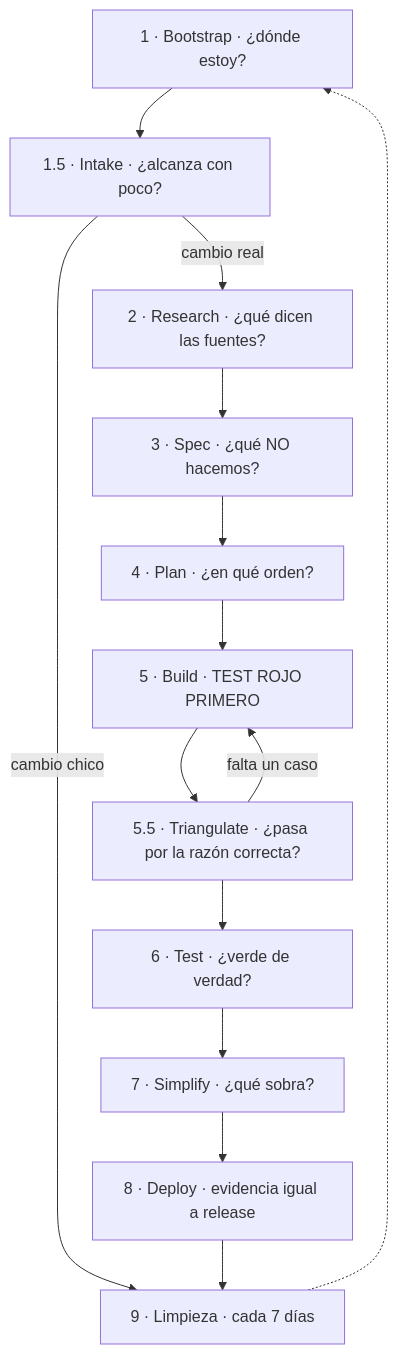
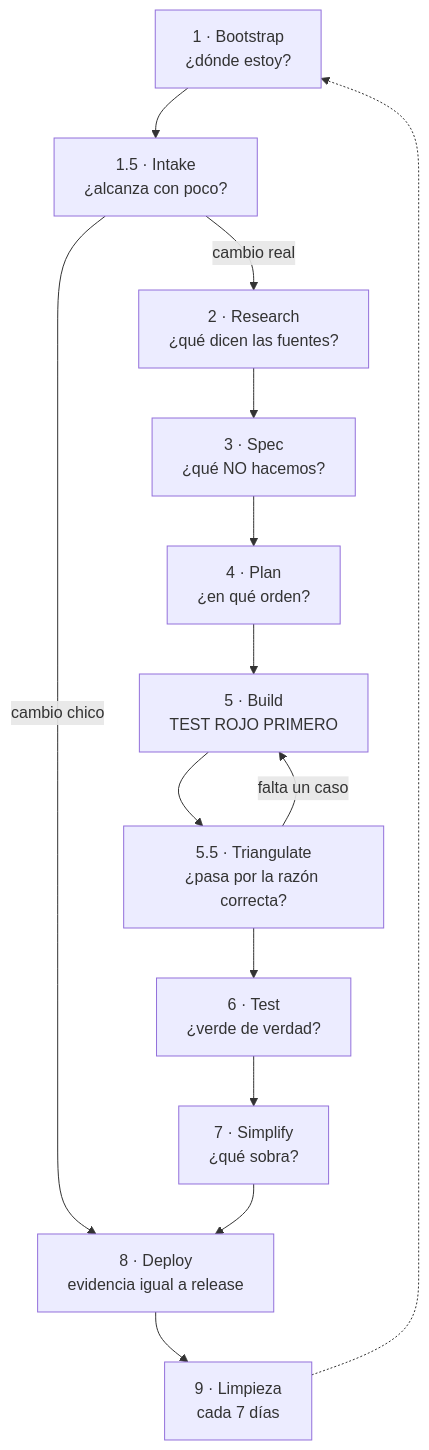
One commit to santischurmann/ia-stack changed the second of 3 diagrams in README.md. Above: the diagram before and after it, drawn with Mermaid. The commit also changed other lines of this file, not shown here.

First line of the commit message:
docs(readme): README reescrito con el flujo de fases, gates, piezas, instalación y estructura

````diff
--- a/README.md
+++ b/README.md
@@ -89,16 +75,16 @@
 ```mermaid
 flowchart TD
-    A["1 · Bootstrap · ¿dónde estoy?"] --> B["1.5 · Intake · ¿alcanza con poco?"]
-    B -->|cambio chico| K
-    B -->|cambio real| C["2 · Research · ¿qué dicen las fuentes?"]
-    C --> D["3 · Spec · ¿qué NO hacemos?"]
-    D --> E["4 · Plan · ¿en qué orden?"]
-    E --> F["5 · Build · TEST ROJO PRIMERO"]
-    F --> G["5.5 · Triangulate · ¿pasa por la razón correcta?"]
+    A["1 · Bootstrap<br/>¿dónde estoy?"] --> B["1.5 · Intake<br/>¿alcanza con poco?"]
+    B -->|cambio chico| J
+    B -->|cambio real| C["2 · Research<br/>¿qué dicen las fuentes?"]
+    C --> D["3 · Spec<br/>¿qué NO hacemos?"]
+    D --> E["4 · Plan<br/>¿en qué orden?"]
+    E --> F["5 · Build<br/>TEST ROJO PRIMERO"]
+    F --> G["5.5 · Triangulate<br/>¿pasa por la razón correcta?"]
     G -->|falta un caso| F
-    G --> H["6 · Test · ¿verde de verdad?"]
-    H --> I["7 · Simplify · ¿qué sobra?"]
-    I --> J["8 · Deploy · evidencia igual a release"]
-    J --> K["9 · Limpieza · cada 7 días"]
+    G --> H["6 · Test<br/>¿verde de verdad?"]
+    H --> I["7 · Simplify<br/>¿qué sobra?"]
+    I --> J["8 · Deploy<br/>evidencia igual a release"]
+    J --> K["9 · Limpieza<br/>cada 7 días"]
     K -.-> A
 ```
````
